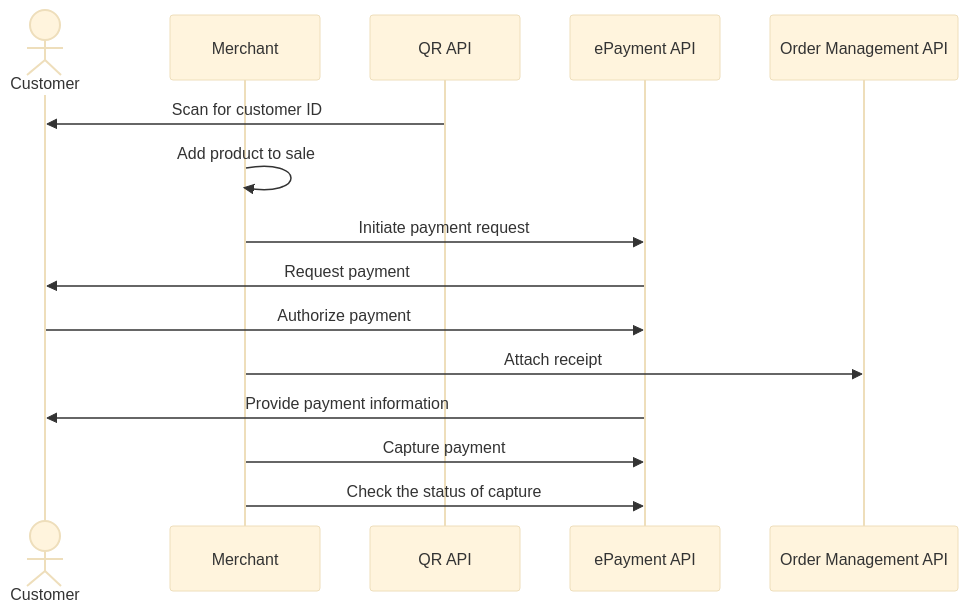
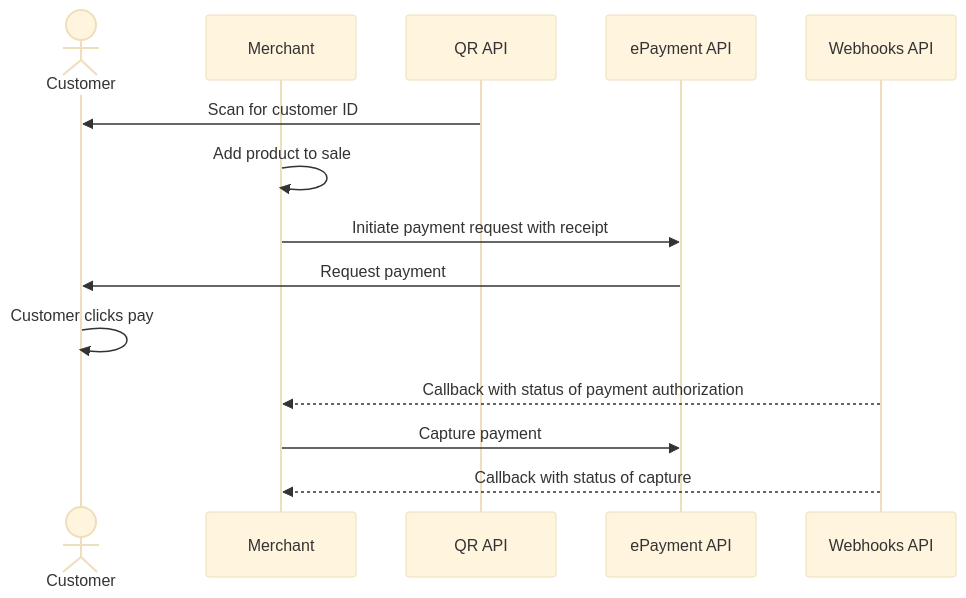
The diagram in taxi-companies/scan-qr-to-payment-page.md (vippsas/vipps-solutions), drawn with Mermaid (base theme) before and after one commit. The commit also changed other lines of this file and 22 other files, not shown here.

First line of the commit message:
Provide unique examples. Add receipt in payment request when possible. (#86)

````diff
--- a/taxi-companies/scan-qr-to-payment-page.md
+++ b/taxi-companies/scan-qr-to-payment-page.md
@@ -59,18 +144,17 @@
 ``` mermaid
 sequenceDiagram
     actor C as Customer
     participant M as Merchant
     participant QR as QR API
     participant ePayment as ePayment API
-    participant ordermanagement as Order Management API
+    participant Webhooks as Webhooks API
 
     QR->>C: Scan for customer ID
     M->>M: Add product to sale
-    M->>ePayment: Initiate payment request
+    M->>ePayment: Initiate payment request with receipt
     ePayment->>C: Request payment
-    C->>ePayment: Authorize payment
-    M->> ordermanagement: Attach receipt
-    ePayment->>C: Provide payment information
-    M->>ePayment: Capture payment 
-    M->>ePayment: Check the status of capture
+    C->>C: Customer clicks pay
+    Webhooks-->>M: Callback with status of payment authorization
+    M->>ePayment: Capture payment
+    Webhooks-->>M: Callback with status of capture
 ```
````
